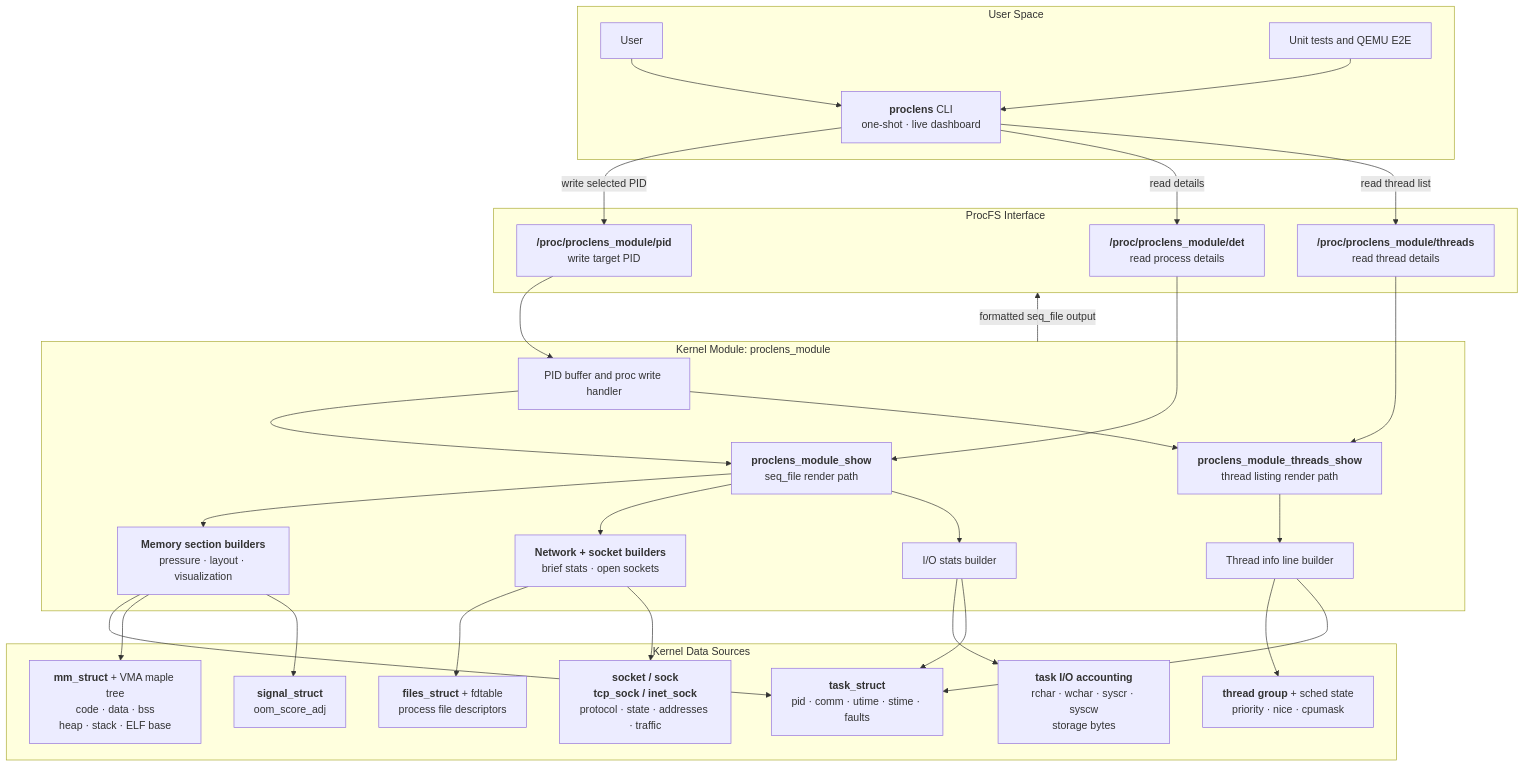
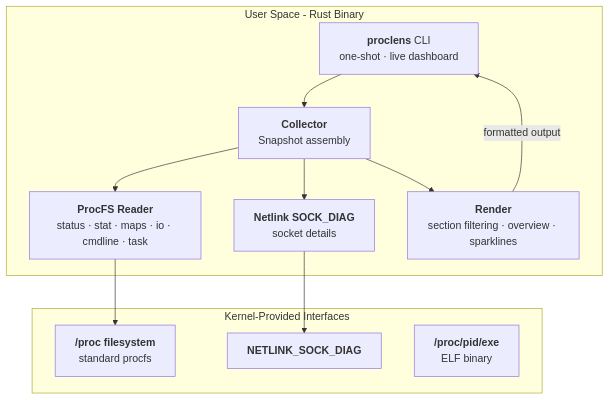
The diagram in README.md (navidpadid/ProcLens), drawn with Mermaid before and after one commit. The commit also changed other lines of this file and 13 other files, not shown here.

````diff
--- a/README.md
+++ b/README.md
@@ -206,59 +181,24 @@
 ```mermaid
 flowchart TB
-    subgraph UserSpace[User Space]
-        User[User]
+    subgraph UserSpace[User Space - Rust Binary]
         CLI["<b>proclens</b> CLI<br/>one-shot · live dashboard"]
-        Tests[Unit tests and QEMU E2E]
-        User --> CLI
-        Tests --> CLI
+        Collect["<b>Collector</b><br/>Snapshot assembly"]
+        ProcFS["<b>ProcFS Reader</b><br/>status · stat · maps · io · cmdline · task"]
+        NetDiag["<b>Netlink SOCK_DIAG</b><br/>socket details"]
+        Render["<b>Render</b><br/>section filtering · overview · sparklines"]
     end
 
-    subgraph ProcFS[ProcFS Interface]
-        PID["<b>/proc/proclens_module/pid</b><br/>write target PID"]
-        DET["<b>/proc/proclens_module/det</b><br/>read process details"]
-        THR["<b>/proc/proclens_module/threads</b><br/>read thread details"]
+    subgraph KernelProvided[Kernel-Provided Interfaces]
+        ProcFiles["<b>/proc filesystem</b><br/>standard procfs"]
+        NetlinkSock["<b>NETLINK_SOCK_DIAG</b>"]
+        ExeLink["<b>/proc/pid/exe</b><br/>ELF binary"]
     end
 
-    subgraph KernelModule[Kernel Module: proclens_module]
-        PIDBuf[PID buffer and proc write handler]
-        Show["<b>proclens_module_show</b><br/>seq_file render path"]
-        ThreadShow["<b>proclens_module_threads_show</b><br/>thread listing render path"]
-        Memory["<b>Memory section builders</b><br/>pressure · layout · visualization"]
-        Network["<b>Network + socket builders</b><br/>brief stats · open sockets"]
-        IO[I/O stats builder]
-        ThreadInfo[Thread info line builder]
-    end
-
-    subgraph KernelData[Kernel Data Sources]
-        Task["<b>task_struct</b><br/>pid · comm · utime · stime · faults"]
-        MM["<b>mm_struct</b> + VMA maple tree<br/>code · data · bss<br/>heap · stack · ELF base"]
-        Signal["<b>signal_struct</b><br/>oom_score_adj"]
-        Files["<b>files_struct</b> + fdtable<br/>process file descriptors"]
-        Sock["<b>socket / sock</b><br/><b>tcp_sock / inet_sock</b><br/>protocol · state · addresses · traffic"]
-        IOAcct["<b>task I/O accounting</b><br/>rchar · wchar · syscr · syscw<br/>storage bytes"]
-        Threads["<b>thread group</b> + sched state<br/>priority · nice · cpumask"]
-    end
-
-    CLI -->|write selected PID| PID
-    CLI -->|read details| DET
-    CLI -->|read thread list| THR
-    PID --> PIDBuf
-    DET --> Show
-    THR --> ThreadShow
-    PIDBuf --> Show
-    PIDBuf --> ThreadShow
-    Show --> Memory
-    Show --> Network
-    Show --> IO
-    ThreadShow --> ThreadInfo
-    Memory --> Task
-    Memory --> MM
-    Memory --> Signal
-    Network --> Files
-    Network --> Sock
-    IO --> IOAcct
-    IO --> Task
-    ThreadInfo --> Threads
-    ThreadInfo --> Task
-    KernelModule -->|formatted seq_file output| ProcFS
+    CLI --> Collect
+    Collect --> ProcFS
+    Collect --> NetDiag
+    ProcFS --> ProcFiles
+    NetDiag --> NetlinkSock
+    Collect --> Render
+    Render -->|formatted output| CLI
 ```
````
